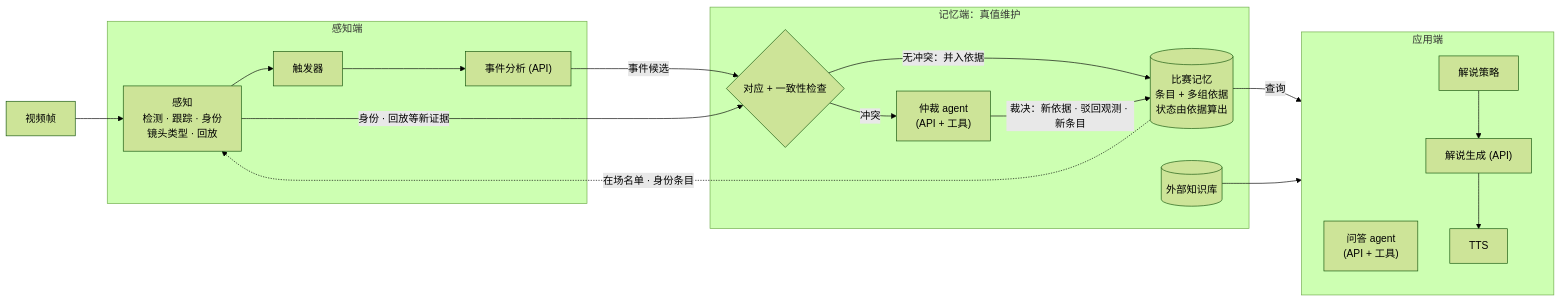
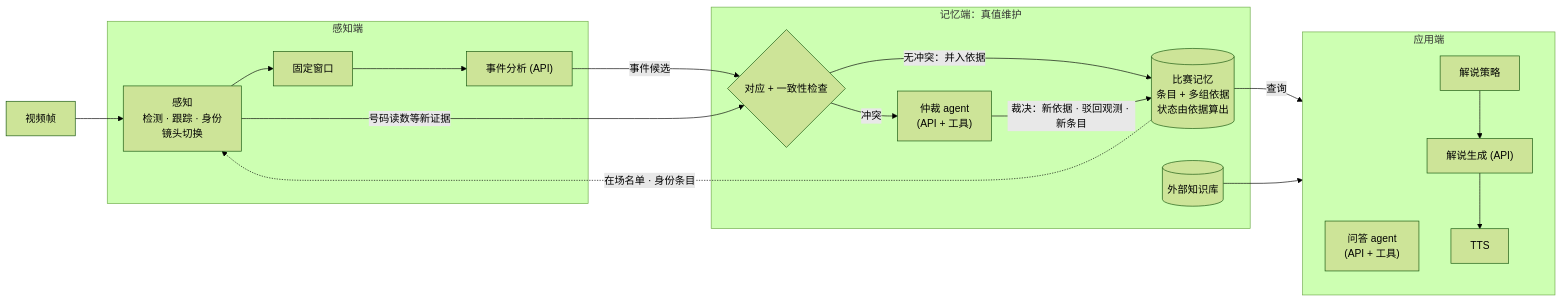
One commit to Becomebright/MatchLive-dev changed the first of 2 diagrams in docs/DESIGN.md. Above: the diagram before and after it, drawn with Mermaid (forest theme). The commit also changed other lines of this file and 1 other file, not shown here.

````diff
--- a/docs/DESIGN.md
+++ b/docs/DESIGN.md
@@ -83,32 +83,32 @@
 ```mermaid
 flowchart LR
     V["视频帧"] --> P
 
     subgraph PER["感知端"]
-        P["感知<br/>检测 · 跟踪 · 身份<br/>镜头类型 · 回放"]
-        T["触发器"]
+        P["感知<br/>检测 · 跟踪 · 身份<br/>镜头切换"]
+        T["固定窗口"]
         A["事件分析 (API)"]
         P --> T --> A
     end
 
     subgraph TMS["记忆端：真值维护"]
         C{"对应 + 一致性检查"}
         S[("比赛记忆<br/>条目 + 多组依据<br/>状态由依据算出")]
         AR["仲裁 agent<br/>(API + 工具)"]
         KB[("外部知识库")]
     end
 
     subgraph APP["应用端"]
         QA["问答 agent<br/>(API + 工具)"]
         CP["解说策略"] --> CG["解说生成 (API)"] --> TTS["TTS"]
     end
 
     A -->|"事件候选"| C
-    P -->|"身份 · 回放等新证据"| C
+    P -->|"号码读数等新证据"| C
     C -->|"无冲突：并入依据"| S
     C -->|"冲突"| AR
     AR -->|"裁决：新依据 · 驳回观测 · 新条目"| S
     S -.->|"在场名单 · 身份条目"| P
     S -->|"查询"| APP
     KB --> APP
 ```
````
